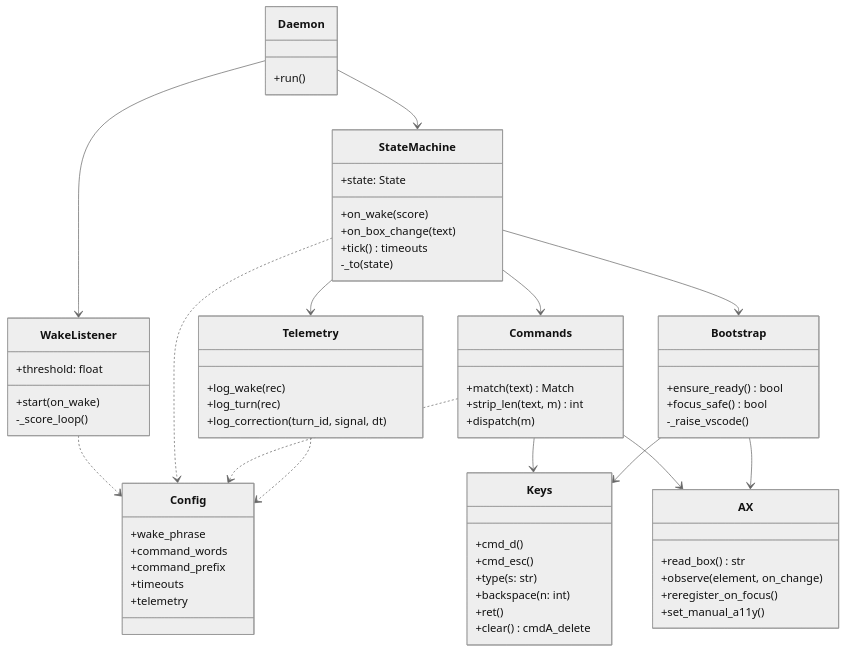
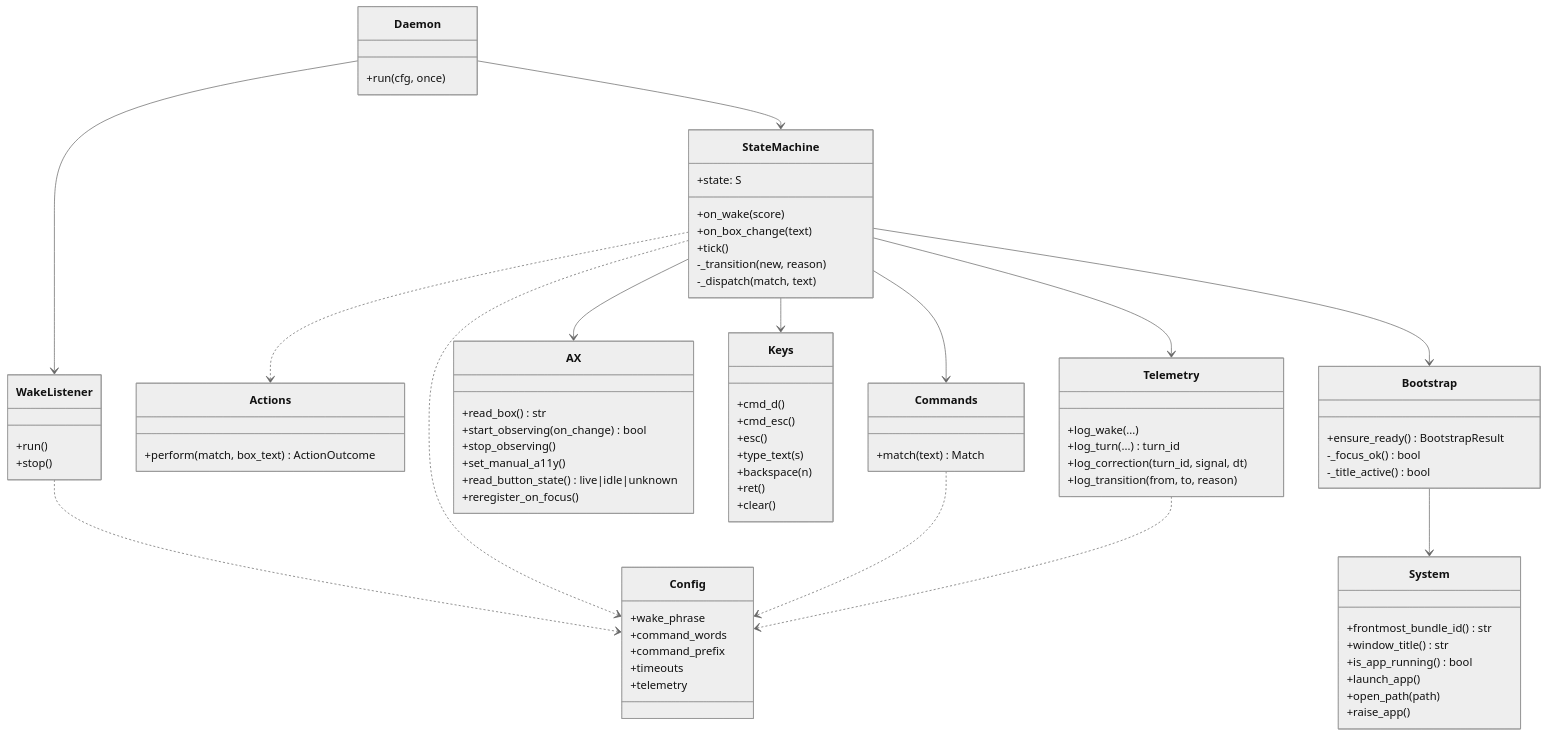
Before and after one commit to utkarshtrivedimdz/hey-claude: the second of 8 diagrams in docs/ARCHITECTURE.md, drawn with Mermaid (neutral theme). The commit also changed other lines of this file and 17 other files, not shown here.

````diff
--- a/docs/ARCHITECTURE.md
+++ b/docs/ARCHITECTURE.md
@@ -58,68 +64,81 @@
 ```mermaid
 classDiagram
   class Daemon {
-    +run()
+    +run(cfg, once)
   }
   class WakeListener {
-    +threshold: float
-    +start(on_wake)
-    -_score_loop()
+    +run()
+    +stop()
   }
   class StateMachine {
-    +state: State
+    +state: S
     +on_wake(score)
     +on_box_change(text)
-    +tick() timeouts
-    -_to(state)
+    +tick()
+    -_transition(new, reason)
+    -_dispatch(match, text)
+  }
+  class Actions {
+    +perform(match, box_text) ActionOutcome
   }
   class Bootstrap {
-    +ensure_ready() bool
-    +focus_safe() bool
-    -_raise_vscode()
+    +ensure_ready() BootstrapResult
+    -_focus_ok() bool
+    -_title_active() bool
   }
   class AX {
     +read_box() str
-    +observe(element, on_change)
+    +start_observing(on_change) bool
+    +stop_observing()
+    +set_manual_a11y()
+    +read_button_state() live|idle|unknown
     +reregister_on_focus()
-    +set_manual_a11y()
   }
   class Keys {
     +cmd_d()
     +cmd_esc()
-    +type(s: str)
-    +backspace(n: int)
+    +esc()
+    +type_text(s)
+    +backspace(n)
     +ret()
-    +clear() cmdA_delete
+    +clear()
+  }
+  class System {
+    +frontmost_bundle_id() str
+    +window_title() str
+    +is_app_running() bool
+    +launch_app()
+    +open_path(path)
+    +raise_app()
   }
   class Commands {
     +match(text) Match
-    +strip_len(text, m) int
-    +dispatch(m)
   }
   class Telemetry {
-    +log_wake(rec)
-    +log_turn(rec)
+    +log_wake(...)
+    +log_turn(...) turn_id
     +log_correction(turn_id, signal, dt)
+    +log_transition(from, to, reason)
   }
   class Config {
     +wake_phrase
     +command_words
     +command_prefix
     +timeouts
     +telemetry
   }
 
   Daemon --> WakeListener
   Daemon --> StateMachine
   StateMachine --> Bootstrap
   StateMachine --> Commands
   StateMachine --> Telemetry
-  Commands --> AX
-  Commands --> Keys
-  Bootstrap --> Keys
-  Bootstrap --> AX
+  StateMachine --> AX
+  StateMachine --> Keys
+  StateMachine ..> Actions
+  Bootstrap --> System
   WakeListener ..> Config
   StateMachine ..> Config
   Commands ..> Config
   Telemetry ..> Config
 ```
````
